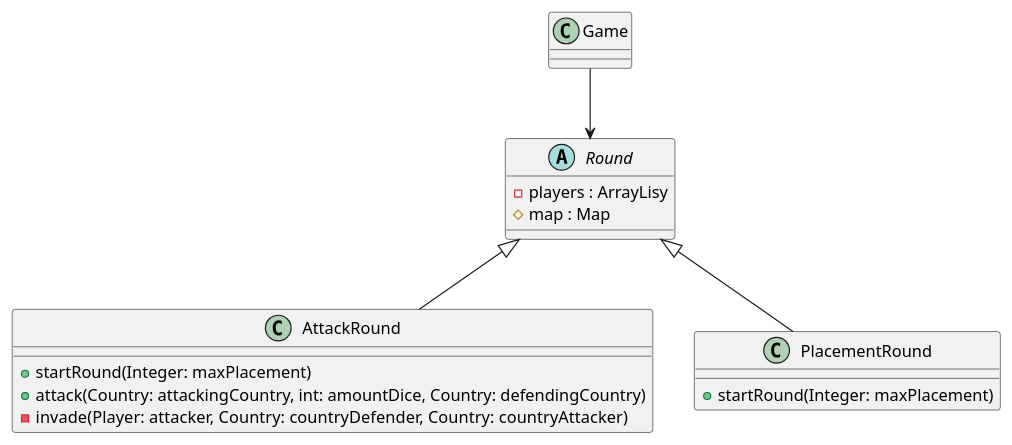
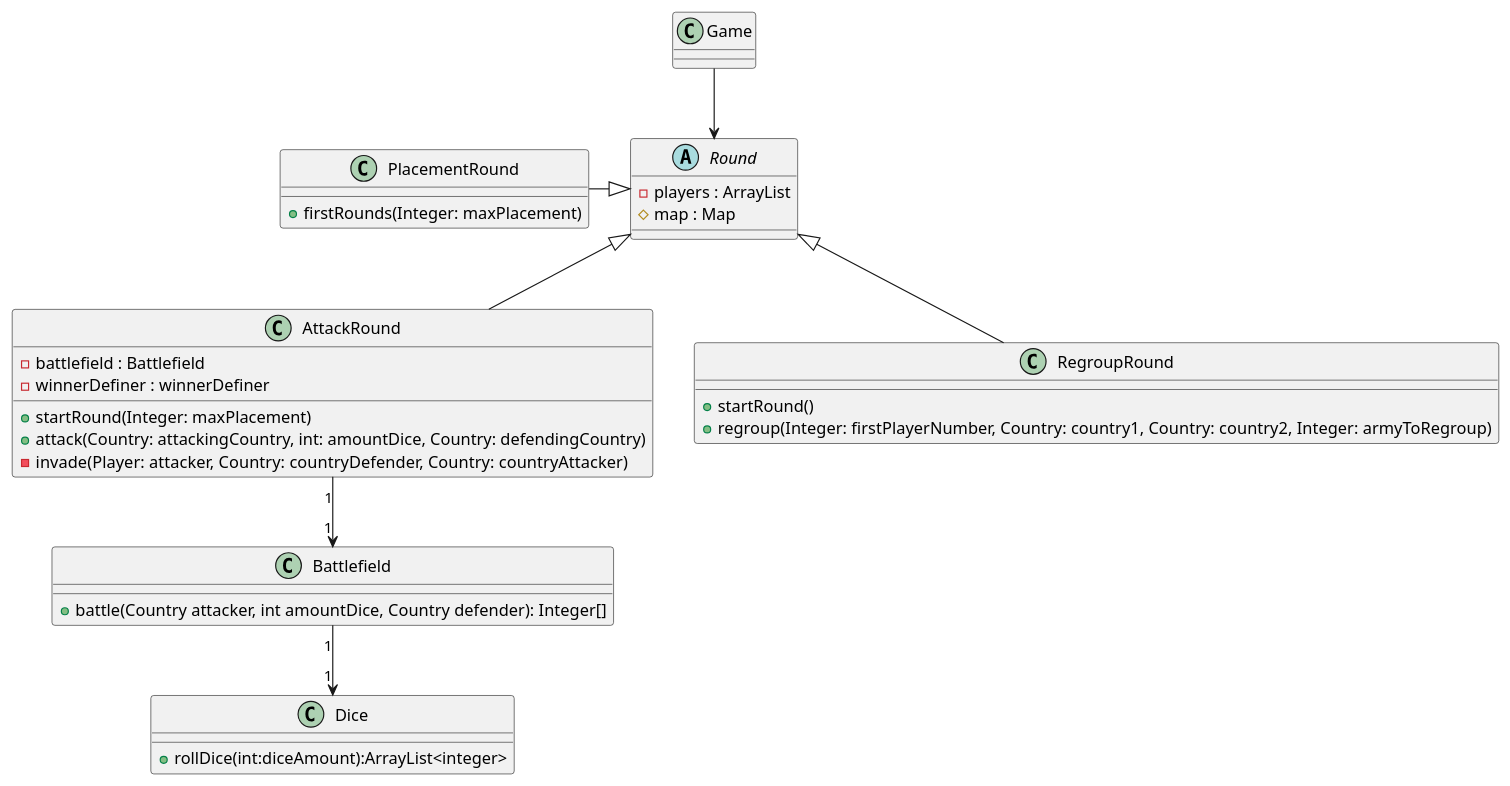
Before and after one commit to NahuelNGomez/TEG: the diagram in src/main/java/edu/fiuba/algo3/documentation/Round.puml, drawn with PlantUML. The commit also changed 2 other files, not shown here.

Commit message:
Diagrams update

```diff
--- a/src/main/java/edu/fiuba/algo3/documentation/Round.puml
+++ b/src/main/java/edu/fiuba/algo3/documentation/Round.puml
@@ -1,25 +1,43 @@
 @startuml
 'https://plantuml.com/class-diagram
 
 class Game {
 }
 
 abstract Round{
-- players : ArrayLisy
+- players : ArrayList
 # map : Map
 }
 
 class AttackRound{
+- battlefield : Battlefield
+- winnerDefiner : winnerDefiner
 + startRound(Integer: maxPlacement)
 + attack(Country: attackingCountry, int: amountDice, Country: defendingCountry)
 - invade(Player: attacker, Country: countryDefender, Country: countryAttacker)
 }
 
 class PlacementRound {
-+ startRound(Integer: maxPlacement)
++ firstRounds(Integer: maxPlacement)
+}
+
+class RegroupRound{
++ startRound()
++ regroup(Integer: firstPlayerNumber, Country: country1, Country: country2, Integer: armyToRegroup)
+}
+
+class Battlefield{
++ battle(Country attacker, int amountDice, Country defender): Integer[]
+}
+
+class Dice{
++rollDice(int:diceAmount):ArrayList<integer>
 }
 
 Game --> Round
 Round <|-- AttackRound
-Round <|-- PlacementRound
+AttackRound "1" -->"1" Battlefield
+Battlefield "1"--> "1" Dice
+Round <|--left PlacementRound
+Round <|-- RegroupRound
 @enduml
```
